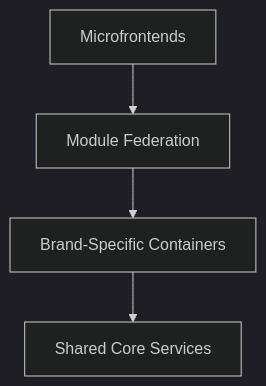
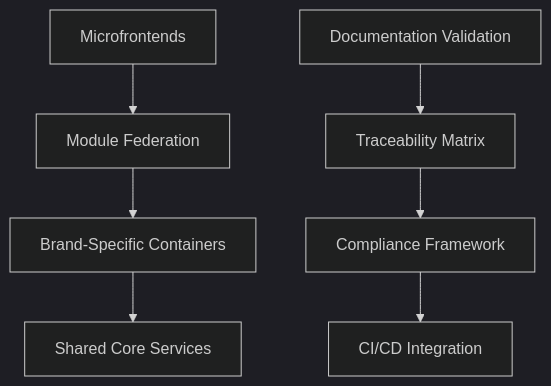
One commit to DRamaMercer/monorepo-apps-and-packages changed the diagram in memory-bank/systemPatterns.md. Above: the diagram before and after it, drawn with Mermaid (dark theme). The commit also changed other lines of this file and 75 other files, not shown here.

````diff
--- a/memory-bank/systemPatterns.md
+++ b/memory-bank/systemPatterns.md
@@ -3,6 +3,9 @@
 ```mermaid
 graph TD
     A[Microfrontends] --> B[Module Federation]
     B --> C[Brand-Specific Containers]
     C --> D[Shared Core Services]
+    E[Documentation Validation] --> F[Traceability Matrix]
+    F --> G[Compliance Framework]
+    G --> H[CI/CD Integration]
 ```
````
